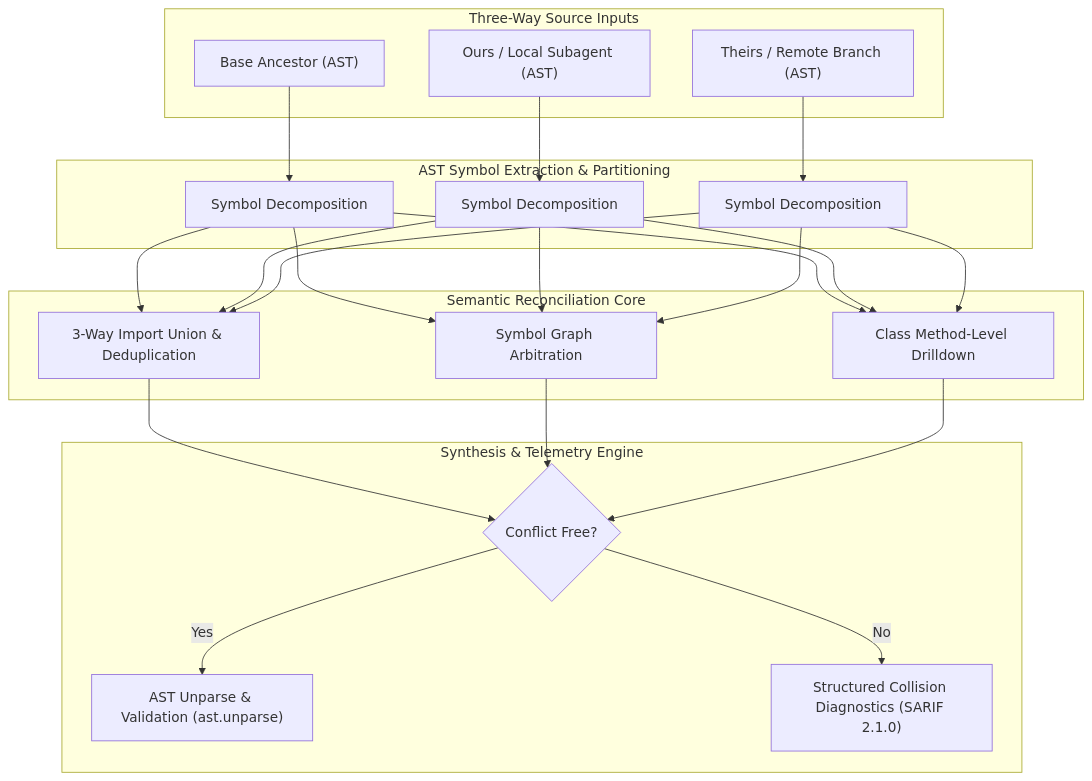
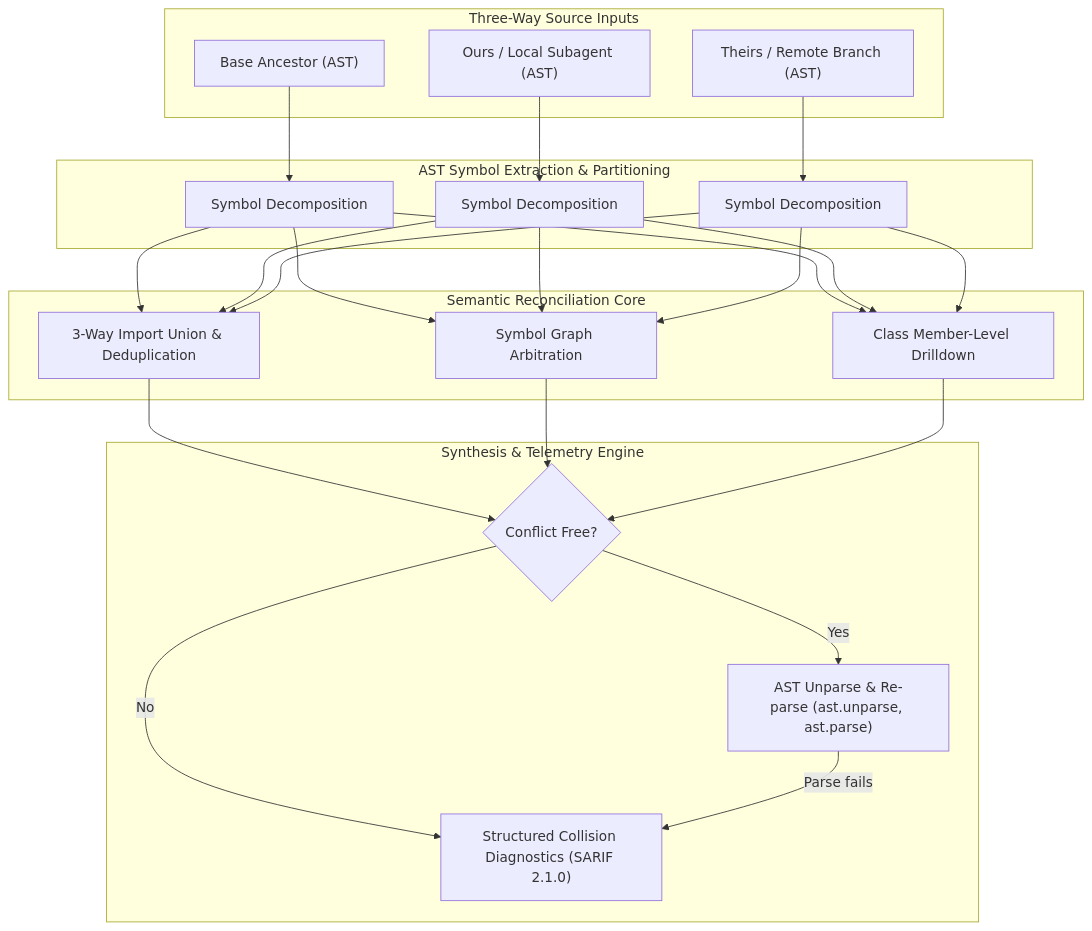
The diagram in examples/ast-semantic-reconciler/README.md (dan-petty/vibes), drawn with Mermaid before and after one commit. The commit also changed other lines of this file and 7 other files, not shown here.

````diff
--- a/examples/ast-semantic-reconciler/README.md
+++ b/examples/ast-semantic-reconciler/README.md
@@ -24,26 +24,27 @@
 ```mermaid
 flowchart TD
     subgraph "Three-Way Source Inputs"
         B["Base Ancestor (AST)"]
         O["Ours / Local Subagent (AST)"]
         T["Theirs / Remote Branch (AST)"]
     end
 
     subgraph "AST Symbol Extraction & Partitioning"
         B --> EB["Symbol Decomposition"]
         O --> EO["Symbol Decomposition"]
         T --> ET["Symbol Decomposition"]
     end
 
     subgraph "Semantic Reconciliation Core"
         EB & EO & ET --> IR["3-Way Import Union & Deduplication"]
         EB & EO & ET --> SA["Symbol Graph Arbitration"]
-        EB & EO & ET --> MR["Class Method-Level Drilldown"]
+        EB & EO & ET --> MR["Class Member-Level Drilldown"]
     end
 
     subgraph "Synthesis & Telemetry Engine"
         IR & SA & MR --> CC{"Conflict Free?"}
-        CC -- "Yes" --> CG["AST Unparse & Validation (ast.unparse)"]
+        CC -- "Yes" --> CG["AST Unparse & Re-parse (ast.unparse, ast.parse)"]
         CC -- "No" --> CR["Structured Collision Diagnostics (SARIF 2.1.0)"]
+        CG -- "Parse fails" --> CR
     end
 ```
````
